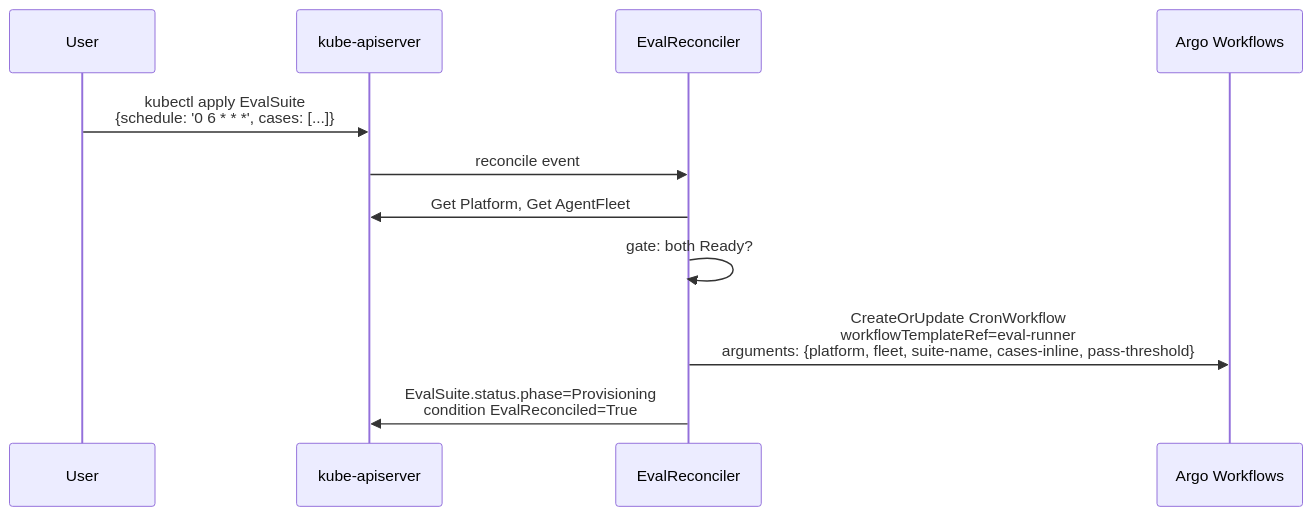
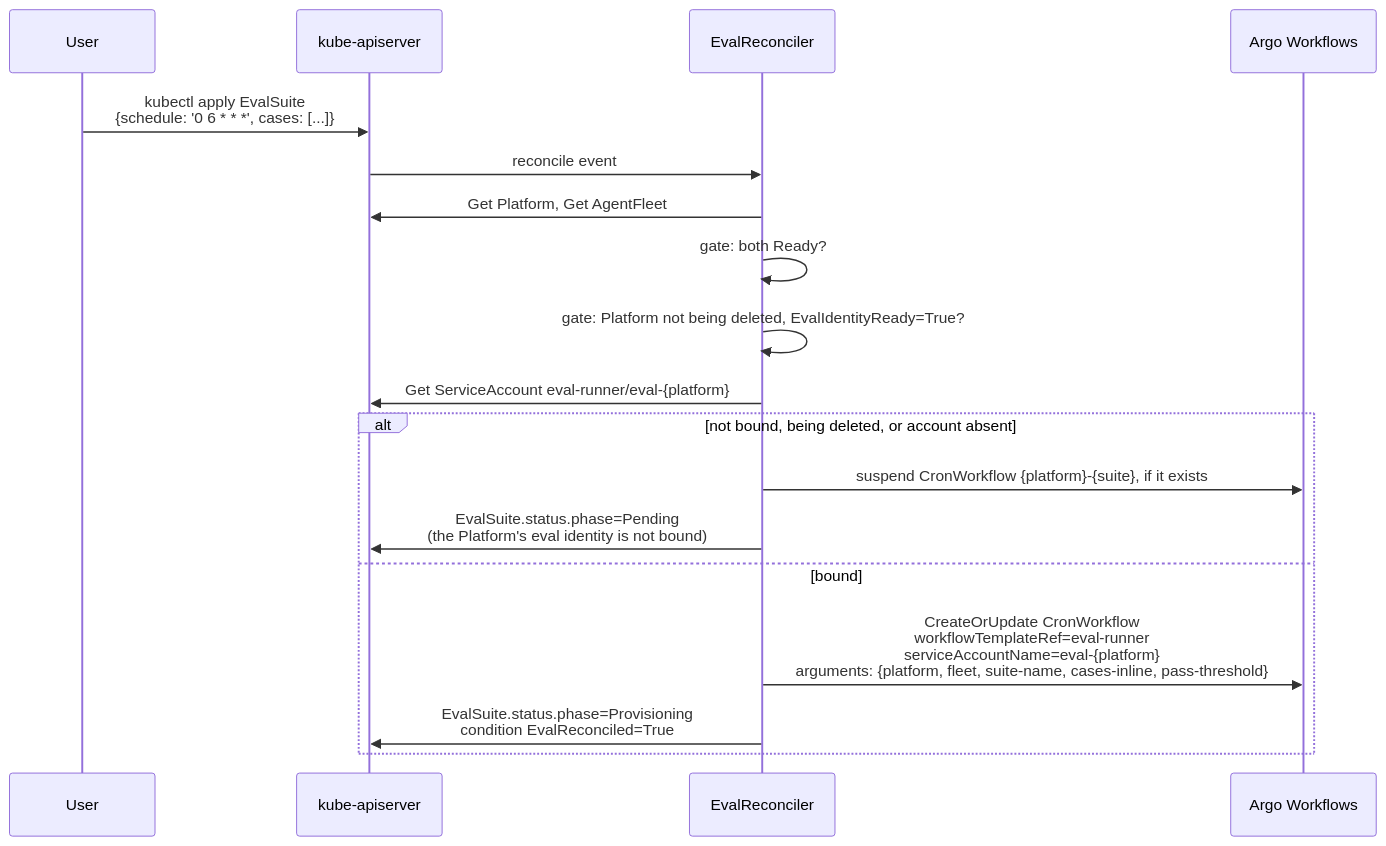
One commit to nanohype/eks-agent-platform changed the first of 3 diagrams in docs/architecture/eval-gating-flow.md. Above: the diagram before and after it, drawn with Mermaid. The commit also changed other lines of this file and 71 other files, not shown here.

````diff
--- a/docs/architecture/eval-gating-flow.md
+++ b/docs/architecture/eval-gating-flow.md
@@ -7,14 +7,21 @@
 ```mermaid
 sequenceDiagram
   participant User
   participant K8s as kube-apiserver
   participant ER as EvalReconciler
   participant Argo as Argo Workflows
 
   User->>K8s: kubectl apply EvalSuite<br/>{schedule: '0 6 * * *', cases: [...]}
   K8s->>ER: reconcile event
   ER->>K8s: Get Platform, Get AgentFleet
   ER->>ER: gate: both Ready?
-  ER->>Argo: CreateOrUpdate CronWorkflow<br/>workflowTemplateRef=eval-runner<br/>arguments: {platform, fleet, suite-name, cases-inline, pass-threshold}
-  ER->>K8s: EvalSuite.status.phase=Provisioning<br/>condition EvalReconciled=True
+  ER->>ER: gate: Platform not being deleted, EvalIdentityReady=True?
+  ER->>K8s: Get ServiceAccount eval-runner/eval-{platform}
+  alt not bound, being deleted, or account absent
+    ER->>Argo: suspend CronWorkflow {platform}-{suite}, if it exists
+    ER->>K8s: EvalSuite.status.phase=Pending<br/>(the Platform's eval identity is not bound)
+  else bound
+    ER->>Argo: CreateOrUpdate CronWorkflow<br/>workflowTemplateRef=eval-runner<br/>serviceAccountName=eval-{platform}<br/>arguments: {platform, fleet, suite-name, cases-inline, pass-threshold}
+    ER->>K8s: EvalSuite.status.phase=Provisioning<br/>condition EvalReconciled=True
+  end
 ```
````
